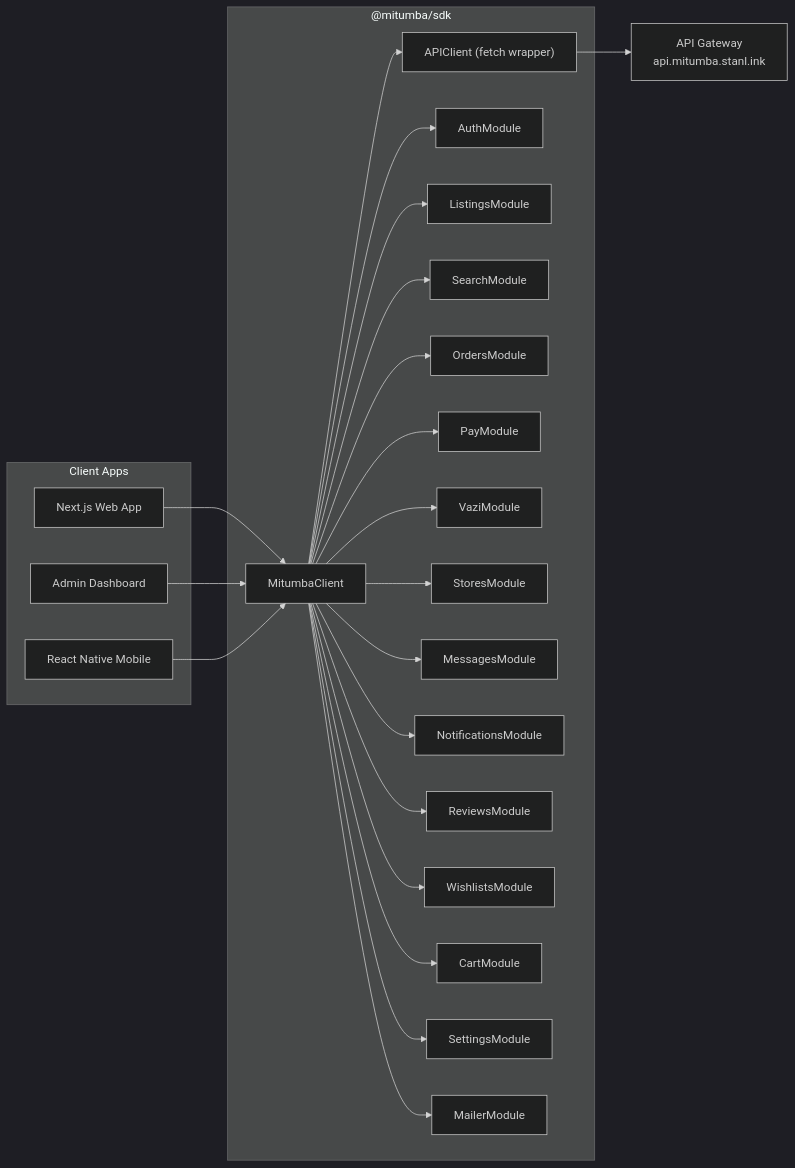
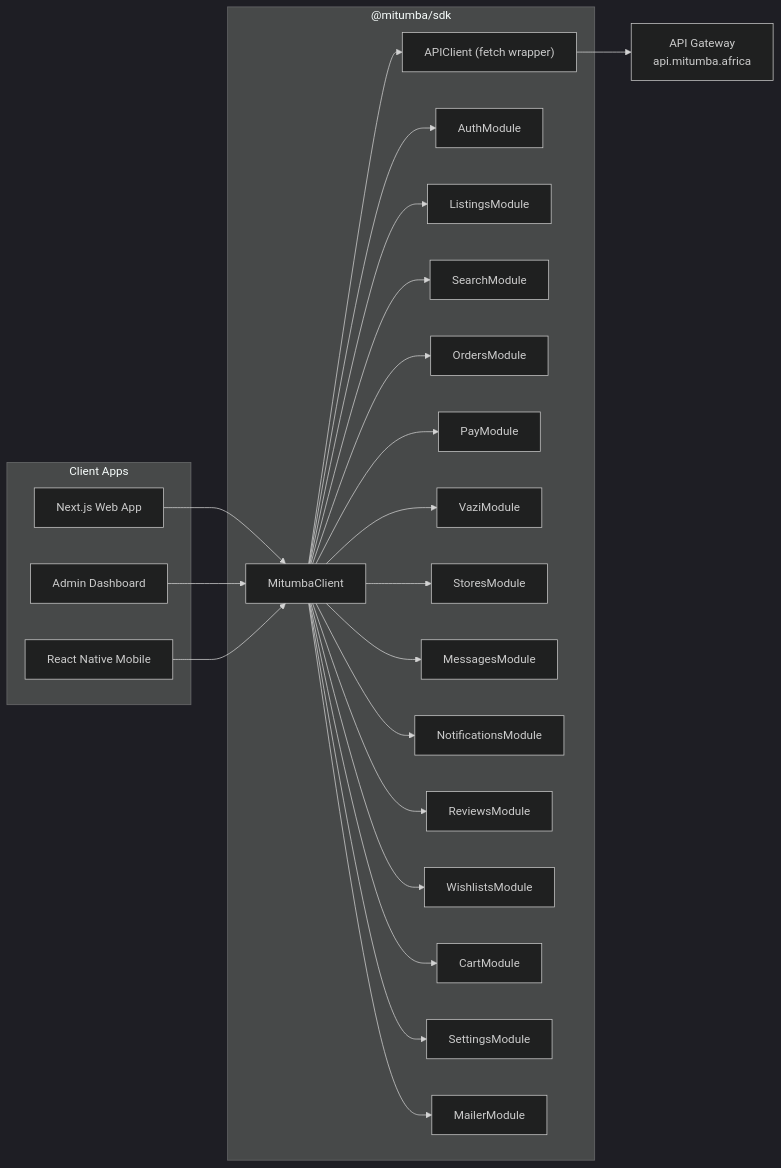
Before and after one commit to Mitumba-Ltd/mitumba-sdk: the first of 4 diagrams in ARCHITECTURE.md, drawn with Mermaid (dark theme). The commit also changed other lines of this file and 8 other files, not shown here.

````diff
--- a/ARCHITECTURE.md
+++ b/ARCHITECTURE.md
@@ -9,49 +9,49 @@
 ```mermaid
 graph LR
     subgraph "Client Apps"
         A["Next.js Web App"]
         B["Admin Dashboard"]
         C["React Native Mobile"]
     end
 
     subgraph "@mitumba/sdk"
         D["MitumbaClient"]
         E["APIClient (fetch wrapper)"]
         F["AuthModule"]
         G["ListingsModule"]
         H["SearchModule"]
         I["OrdersModule"]
         J["PayModule"]
         K["VaziModule"]
         L["StoresModule"]
         M["MessagesModule"]
         N["NotificationsModule"]
         O["ReviewsModule"]
         P["WishlistsModule"]
         Q["CartModule"]
         R["SettingsModule"]
         S["MailerModule"]
     end
 
-    T["API Gateway<br/>api.mitumba.stanl.ink"]
+    T["API Gateway<br/>api.mitumba.africa"]
 
     A --> D
     B --> D
     C --> D
     D --> E
     D --> F
     D --> G
     D --> H
     D --> I
     D --> J
     D --> K
     D --> L
     D --> M
     D --> N
     D --> O
     D --> P
     D --> Q
     D --> R
     D --> S
     E --> T
 ```
````
